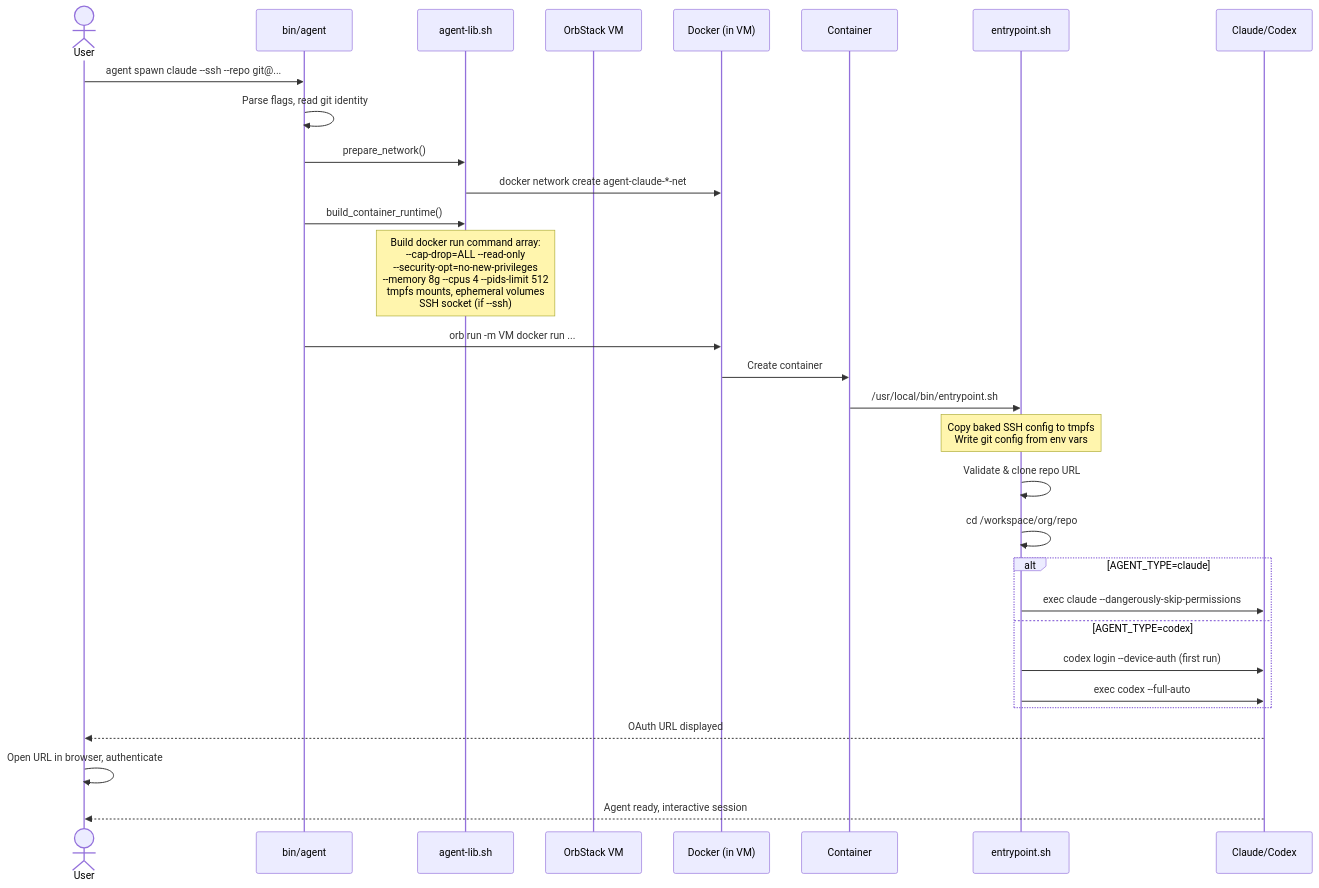
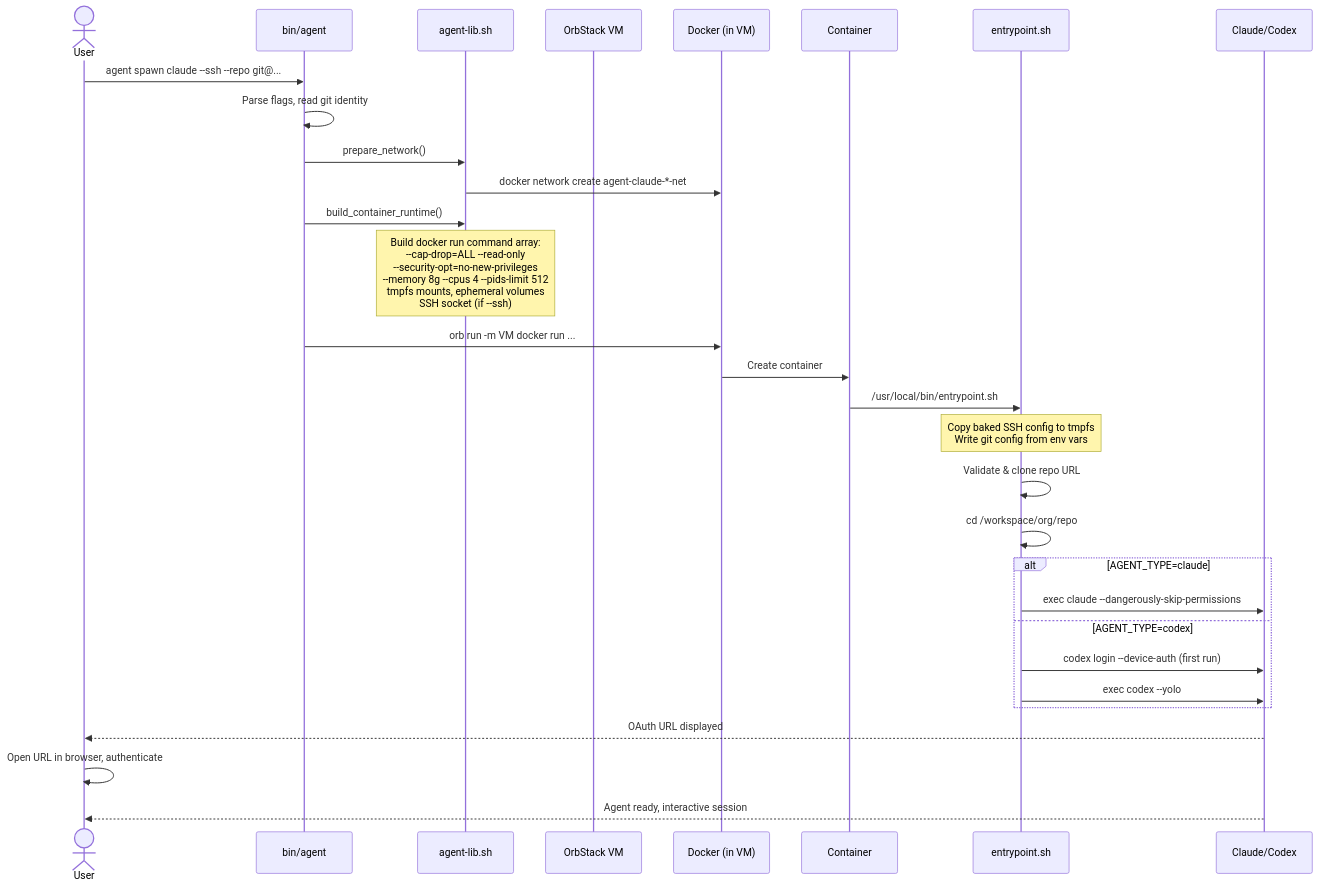
Before and after one commit to 0x666c6f/safe-agentic: the fifth of 12 diagrams in docs/architecture.md, drawn with Mermaid. The commit also changed other lines of this file and 6 other files, not shown here.

Commit message:
fix: run codex in yolo mode inside sandbox

````diff
--- a/docs/architecture.md
+++ b/docs/architecture.md
@@ -154,40 +154,40 @@
 ```mermaid
 sequenceDiagram
     actor User
     participant CLI as bin/agent
     participant Lib as agent-lib.sh
     participant VM as OrbStack VM
     participant Docker as Docker (in VM)
     participant Container
     participant Entry as entrypoint.sh
     participant Agent as Claude/Codex
 
     User->>CLI: agent spawn claude --ssh --repo git@...
 
     CLI->>CLI: Parse flags, read git identity
     CLI->>Lib: prepare_network()
     Lib->>Docker: docker network create agent-claude-*-net
     CLI->>Lib: build_container_runtime()
 
     Note over Lib: Build docker run command array:<br/>--cap-drop=ALL --read-only<br/>--security-opt=no-new-privileges<br/>--memory 8g --cpus 4 --pids-limit 512<br/>tmpfs mounts, ephemeral volumes<br/>SSH socket (if --ssh)
 
     CLI->>Docker: orb run -m VM docker run ...
     Docker->>Container: Create container
     Container->>Entry: /usr/local/bin/entrypoint.sh
 
     Note over Entry: Copy baked SSH config to tmpfs<br/>Write git config from env vars
 
     Entry->>Entry: Validate & clone repo URL
     Entry->>Entry: cd /workspace/org/repo
 
     alt AGENT_TYPE=claude
         Entry->>Agent: exec claude --dangerously-skip-permissions
     else AGENT_TYPE=codex
         Entry->>Agent: codex login --device-auth (first run)
-        Entry->>Agent: exec codex --full-auto
+        Entry->>Agent: exec codex --yolo
     end
 
     Agent-->>User: OAuth URL displayed
     User->>User: Open URL in browser, authenticate
     Agent-->>User: Agent ready, interactive session
 ```
````
